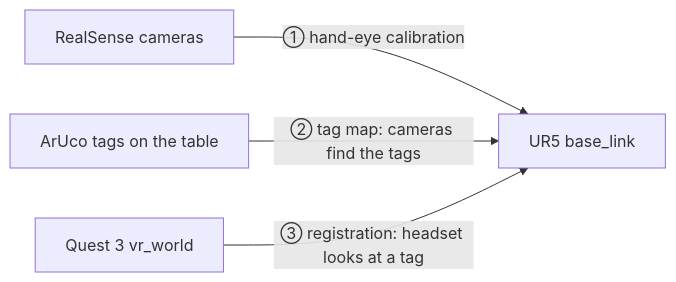
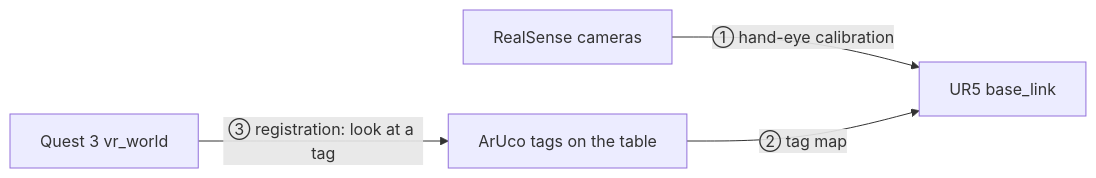
The diagram in README.md (FelixW1020/UR5-arm), drawn with Mermaid before and after one commit. The commit also changed other lines of this file and 9 other files, not shown here.

````diff
--- a/README.md
+++ b/README.md
@@ -17,6 +26,6 @@
 ```mermaid
 flowchart LR
   CAM[RealSense cameras] -->|"① hand-eye calibration"| BASE[UR5 base_link]
-  TAG[ArUco tags on the table] -->|"② tag map: cameras find the tags"| BASE
-  QUEST[Quest 3 vr_world] -->|"③ registration: headset looks at a tag"| BASE
+  TAG[ArUco tags on the table] -->|"② tag map"| BASE
+  QUEST[Quest 3 vr_world] -->|"③ registration: look at a tag"| TAG
 ```
````
